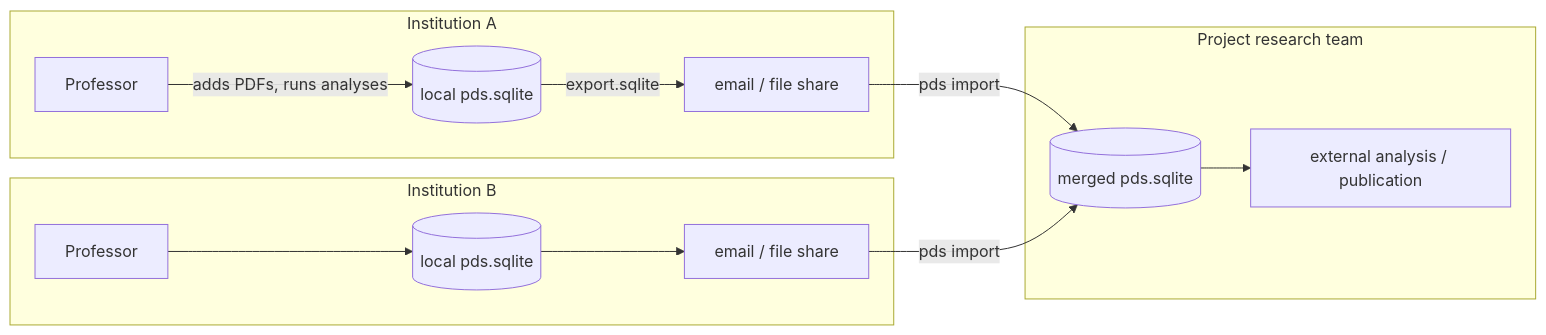
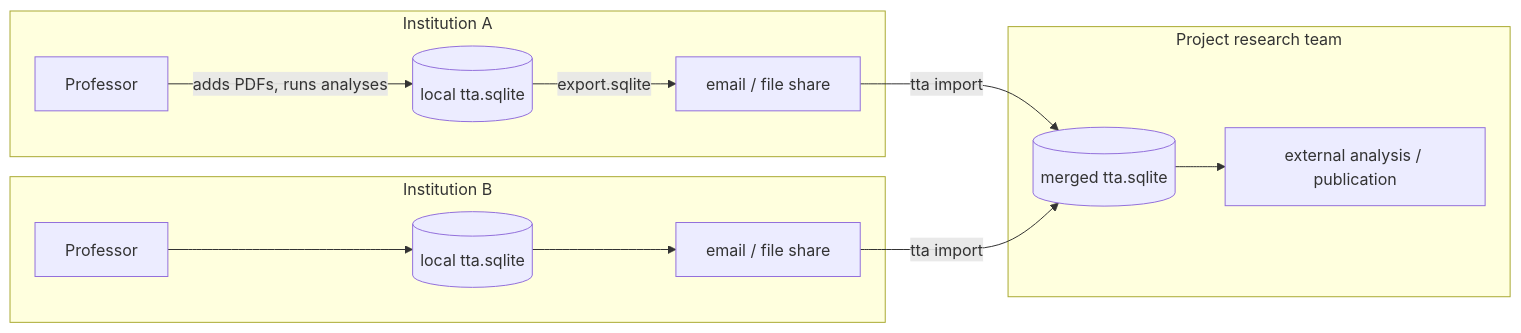
One commit to olistroemer/Thesis_Text_Analyzer changed the first of 8 diagrams in docs/SDD.md. Above: the diagram before and after it, drawn with Mermaid. The commit also changed other lines of this file and 116 other files, not shown here.

First line of the commit message:
refactor: rename package pds → tta (#24)

````diff
--- a/docs/SDD.md
+++ b/docs/SDD.md
@@ -93,22 +93,22 @@
 ```mermaid
 flowchart LR
     subgraph inst1["Institution A"]
         prof1[Professor]
-        db1[(local pds.sqlite)]
+        db1[(local tta.sqlite)]
         prof1 -->|adds PDFs, runs analyses| db1
         db1 -->|export.sqlite| out1[email / file share]
     end
     subgraph inst2["Institution B"]
         prof2[Professor]
-        db2[(local pds.sqlite)]
+        db2[(local tta.sqlite)]
         prof2 --> db2
         db2 --> out2[email / file share]
     end
     subgraph team["Project research team"]
-        rdb[(merged pds.sqlite)]
+        rdb[(merged tta.sqlite)]
         analysis[external analysis / publication]
     end
-    out1 -->|pds import| rdb
-    out2 -->|pds import| rdb
+    out1 -->|tta import| rdb
+    out2 -->|tta import| rdb
     rdb --> analysis
 ```
````
